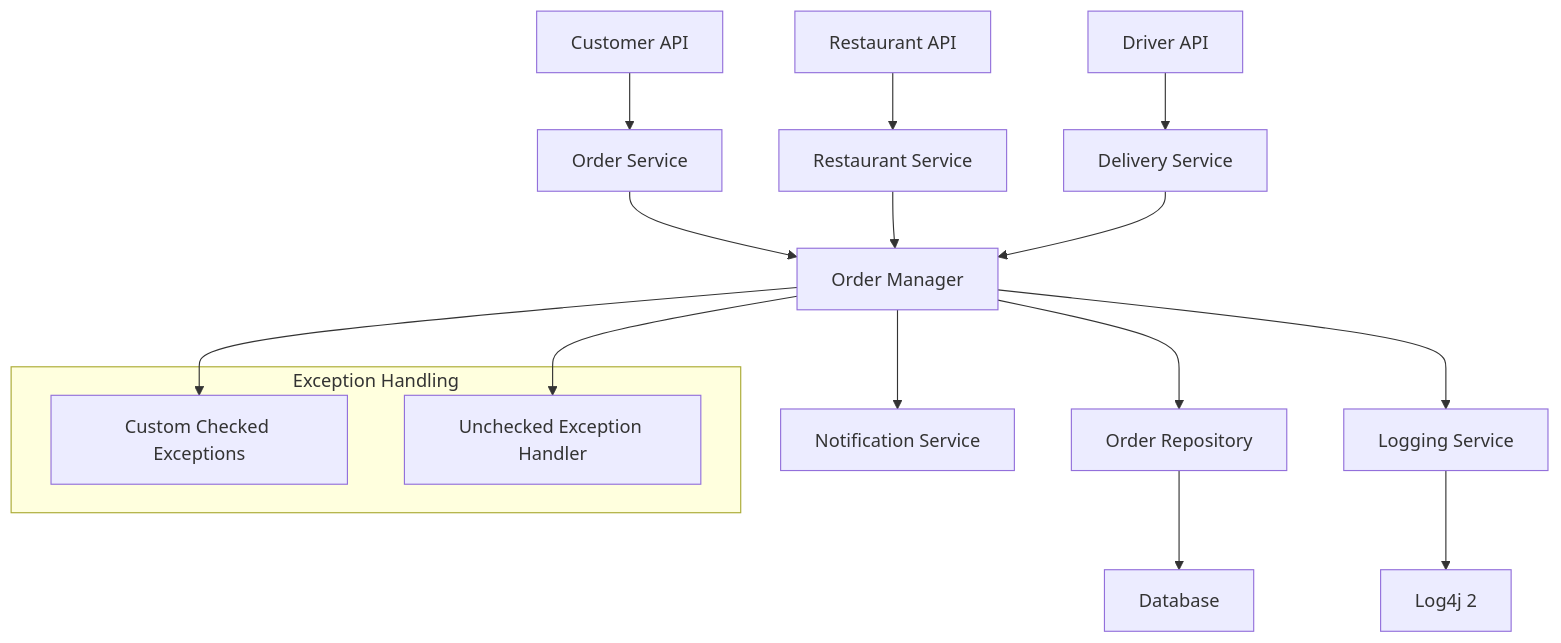
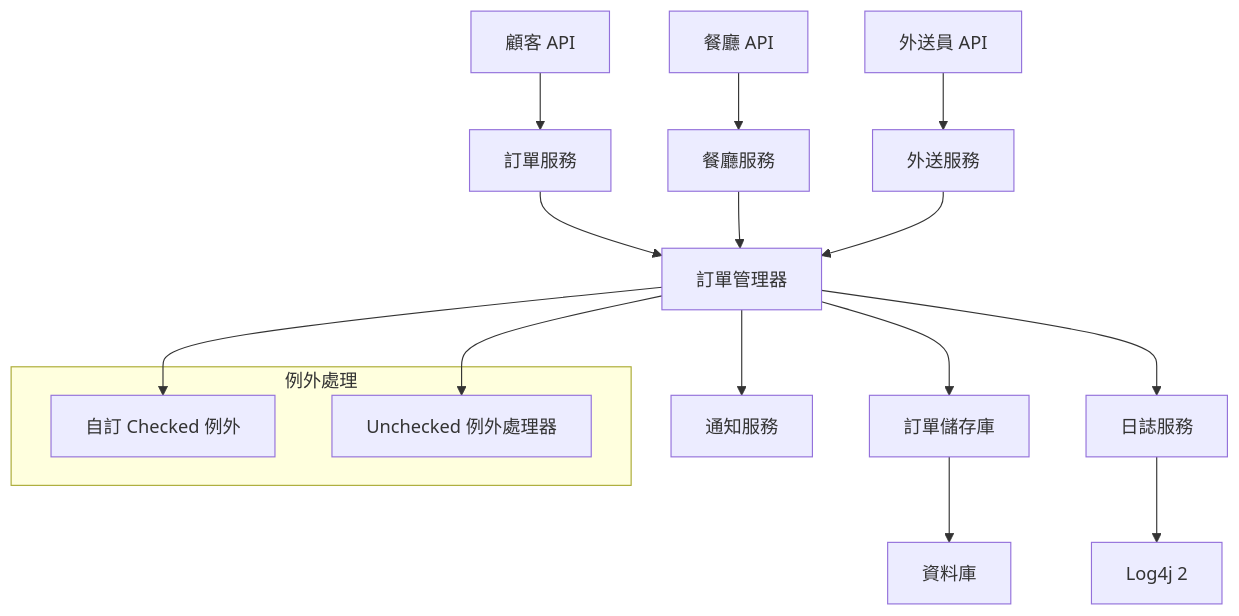
Before and after one commit to yolo-cat/1141-Test-HW1: the diagram in .kiro/specs/food-delivery-platform/design.md, drawn with Mermaid. The commit also changed other lines of this file and 7 other files, not shown here.

````diff
--- a/.kiro/specs/food-delivery-platform/design.md
+++ b/.kiro/specs/food-delivery-platform/design.md
@@ -11,25 +11,25 @@
 ```mermaid
 graph TB
-    A[Customer API] --> B[Order Service]
-    C[Restaurant API] --> D[Restaurant Service]
-    E[Driver API] --> F[Delivery Service]
+    A[顧客 API] --> B[訂單服務]
+    C[餐廳 API] --> D[餐廳服務]
+    E[外送員 API] --> F[外送服務]
     
-    B --> G[Order Manager]
+    B --> G[訂單管理器]
     D --> G
     F --> G
     
-    G --> H[Order Repository]
-    G --> I[Notification Service]
-    G --> J[Logging Service]
+    G --> H[訂單儲存庫]
+    G --> I[通知服務]
+    G --> J[日誌服務]
     
     J --> K[Log4j 2]
-    H --> L[Database]
+    H --> L[資料庫]
     
-    subgraph "Exception Handling"
-        M[Custom Checked Exceptions]
-        N[Unchecked Exception Handler]
+    subgraph "例外處理"
+        M[自訂 Checked 例外]
+        N[Unchecked 例外處理器]
     end
     
     G --> M
     G --> N
 ```
````
